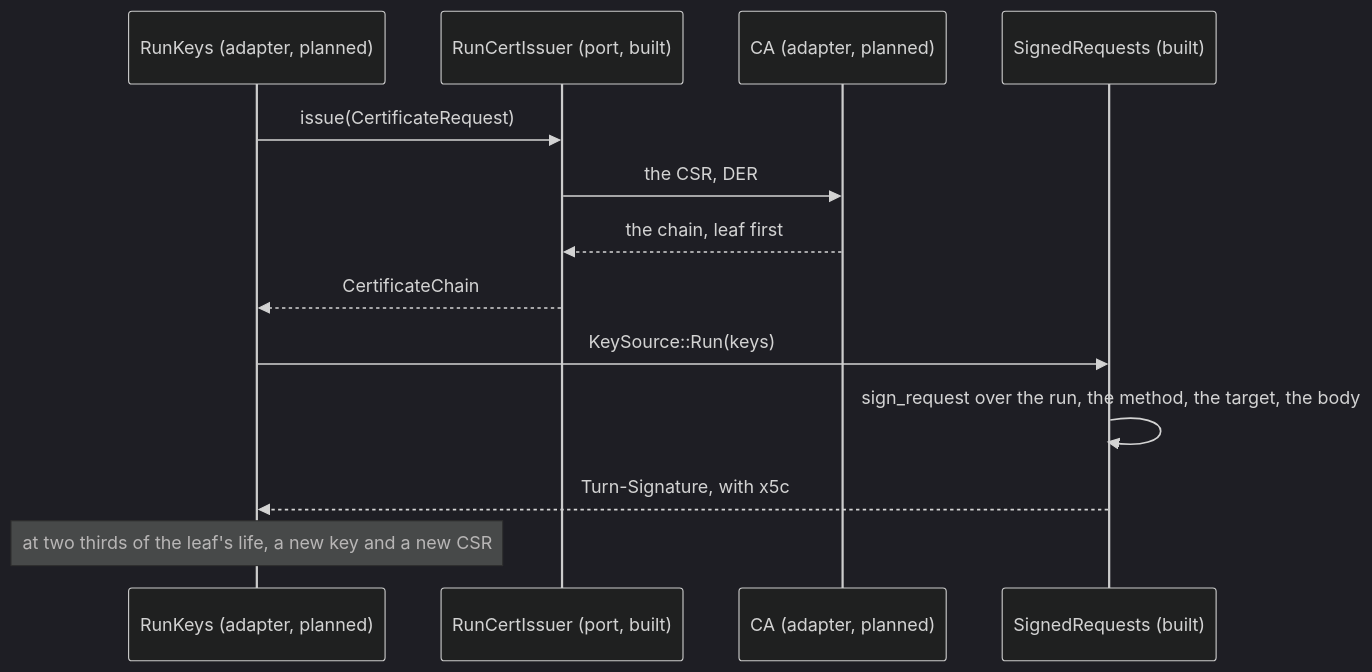
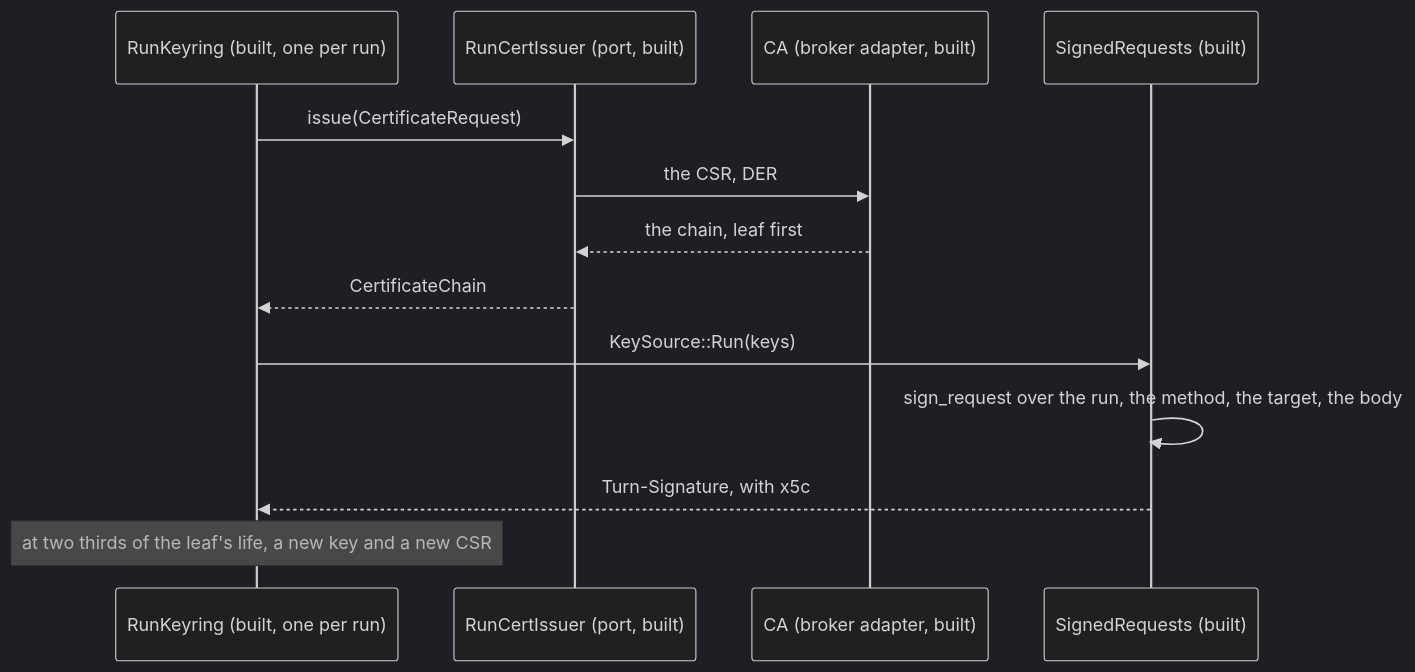
Before and after one commit to vymalo/another-adam-rs: the first of 2 diagrams in docs/decisions/0086-a-run-signs-its-model-requests-with-a-certificate.md, drawn with Mermaid (dark theme). The commit also changed other lines of this file and 14 other files, not shown here.

````diff
--- a/docs/decisions/0086-a-run-signs-its-model-requests-with-a-certificate.md
+++ b/docs/decisions/0086-a-run-signs-its-model-requests-with-a-certificate.md
@@ -128,15 +137,15 @@
 ```mermaid
 sequenceDiagram
-    participant R as RunKeys (adapter, planned)
+    participant R as RunKeyring (built, one per run)
     participant I as RunCertIssuer (port, built)
-    participant C as CA (adapter, planned)
+    participant C as CA (broker adapter, built)
     participant S as SignedRequests (built)
     R->>I: issue(CertificateRequest)
     I->>C: the CSR, DER
     C-->>I: the chain, leaf first
     I-->>R: CertificateChain
     R->>S: KeySource::Run(keys)
     S->>S: sign_request over the run, the method, the target, the body
     S-->>R: Turn-Signature, with x5c
     Note over R: at two thirds of the leaf's life, a new key and a new CSR
 ```
````
